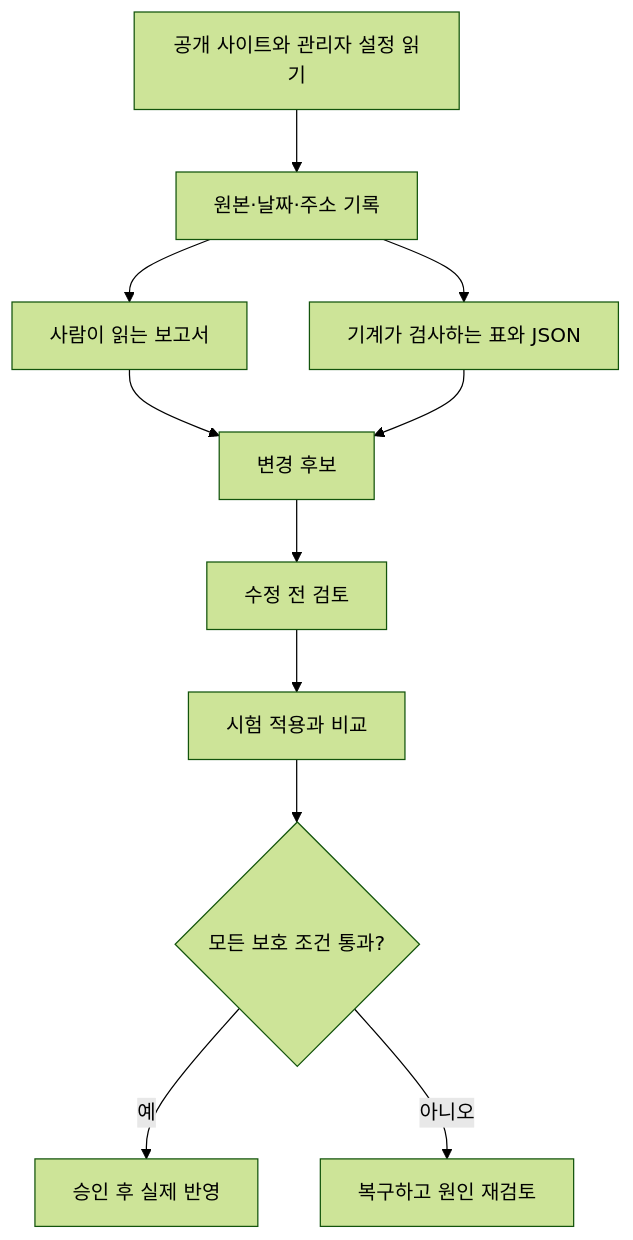
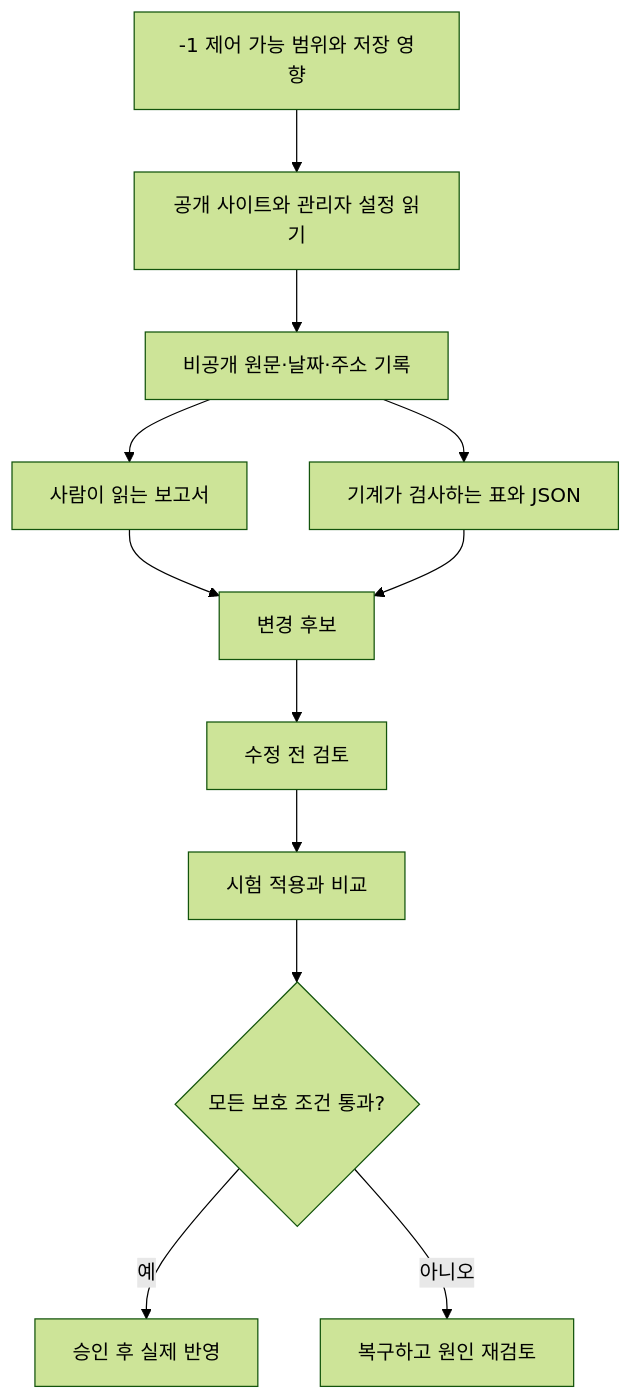
One commit to byeonghoyoo/beautyblossom-seo-aeo changed the second of 2 diagrams in docs/03-ARCHITECTURE.md. Above: the diagram before and after it, drawn with Mermaid (forest theme). The commit also changed other lines of this file and 15 other files, not shown here.

````diff
--- a/docs/03-ARCHITECTURE.md
+++ b/docs/03-ARCHITECTURE.md
@@ -43,13 +43,14 @@
 ```mermaid
 flowchart TD
-    A[공개 사이트와 관리자 설정 읽기] --> B[원본·날짜·주소 기록]
+    P[-1 제어 가능 범위와 저장 영향] --> A[공개 사이트와 관리자 설정 읽기]
+    A --> B[비공개 원문·날짜·주소 기록]
     B --> C[사람이 읽는 보고서]
     B --> D[기계가 검사하는 표와 JSON]
     C --> E[변경 후보]
     D --> E
     E --> F[수정 전 검토]
     F --> G[시험 적용과 비교]
     G --> H{모든 보호 조건 통과?}
     H -- 예 --> I[승인 후 실제 반영]
     H -- 아니오 --> J[복구하고 원인 재검토]
 ```
````
